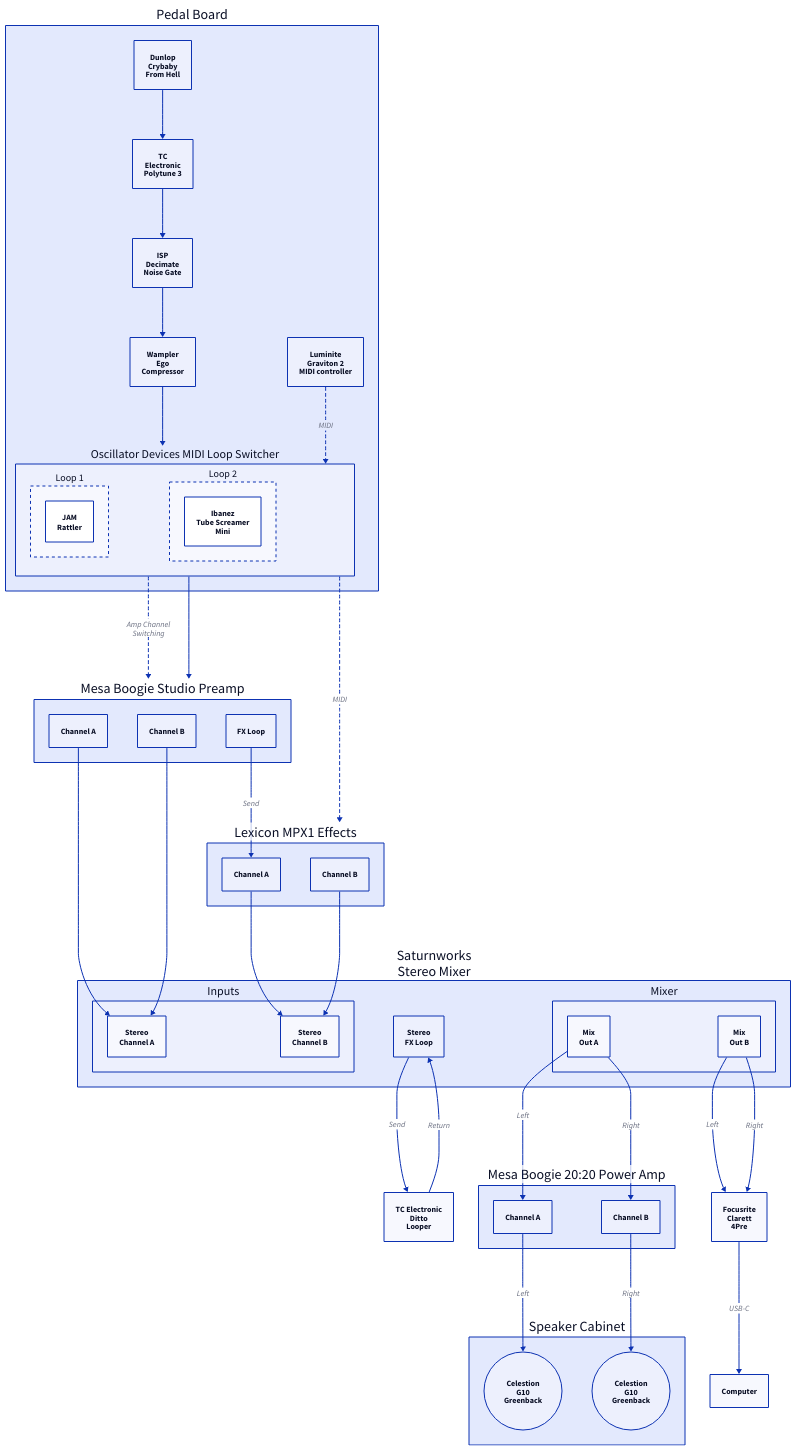
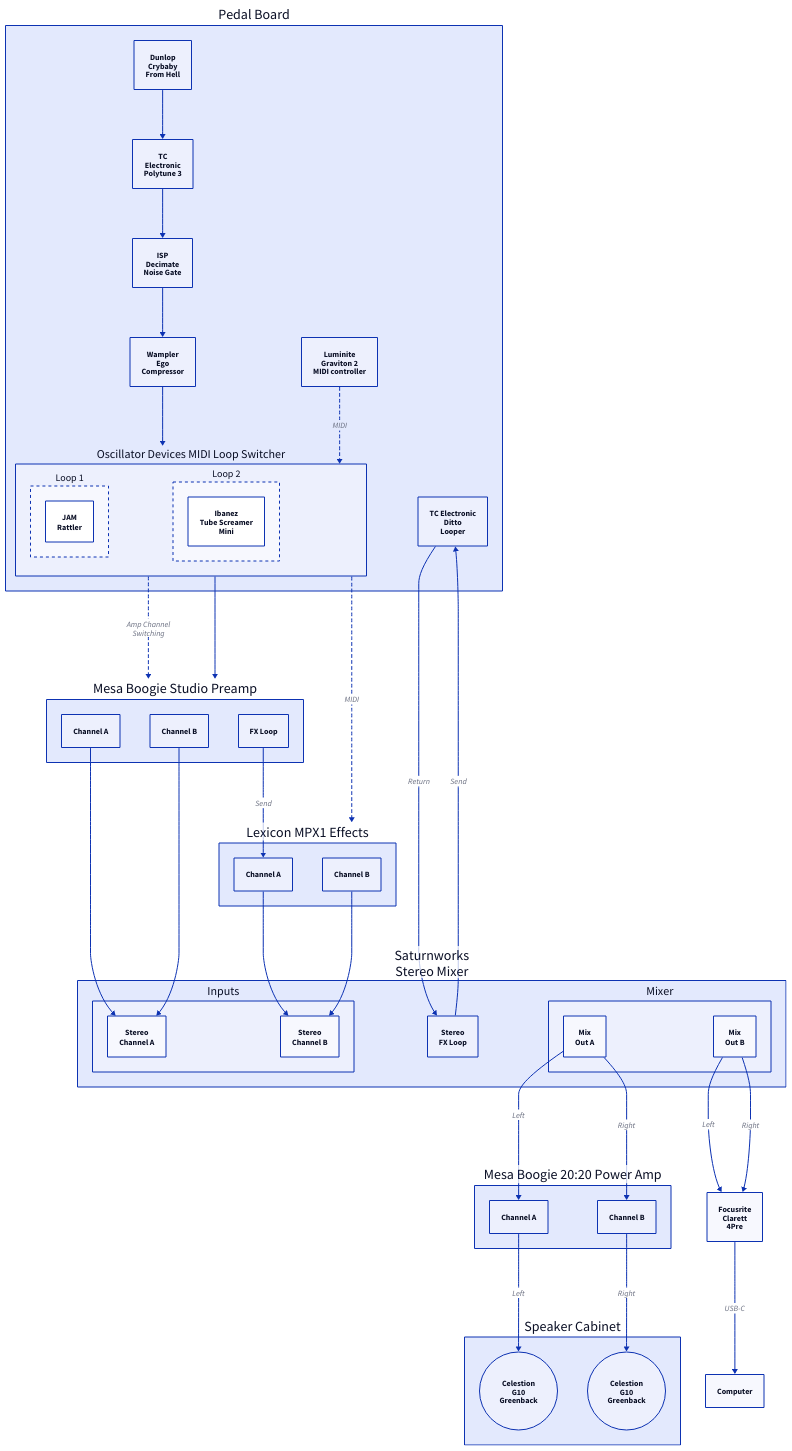
Before and after one commit to timvaillancourt/amp-diagrams: the diagram in amprack.d2, drawn with D2. The commit also changed 2 other files, not shown here.

```diff
--- a/amprack.d2
+++ b/amprack.d2
@@ -1,95 +1,94 @@
 pb: "Pedal Board" {
   cbfh: "Dunlop\nCrybaby\nFrom Hell" {}
   polytune3: "TC\nElectronic\nPolytune 3" {}
   ispdm: "ISP\nDecimate\nNoise Gate" {}
   wec: "Wampler\nEgo\nCompressor" {}
   mc: "Luminite\nGraviton 2\nMIDI controller" {}
   mls: "Oscillator Devices MIDI Loop Switcher" {
     1: "Loop 1" {
       style: {
         stroke-dash: 3
       }
       ts: "JAM\nRattler" {}
     }
     2: "Loop 2" {
       style: {
         stroke-dash: 3
       }
       ts: "Ibanez\nTube Screamer\nMini" {}
     }
   }
   cbfh -> polytune3 -> ispdm -> wec -> mls
   mc -> mls: "MIDI" {
     style: {
       stroke-dash: 3
     }
   }
+  ditto: "TC Electronic\nDitto\nLooper" {}
 }
 
 msp: "Mesa Boogie Studio Preamp" {
   A: "Channel A" {}
   B: "Channel B" {}
   Loop: "FX Loop" {}
 }
 pb.mls -> msp: "Amp Channel\nSwitching" {
   style: {
     stroke-dash: 3
   }
 }
 pb.mls -> msp
 
 mixer: "Saturnworks\nStereo Mixer" {
   In: "Inputs" {
     A: "Stereo\nChannel A" {}
     B: "Stereo\nChannel B" {}
   }
   Loop: "Stereo\nFX Loop" {}
   Mix: "Mixer" {
     A: "Mix\nOut A" {}
     B: "Mix\nOut B" {}
   }
 }
 msp.A -> mixer.In.A
 msp.B -> mixer.In.A
 
 mpx1: "Lexicon MPX1 Effects" {
   A: "Channel A" {}
   B: "Channel B" {}
 }
 pb.mls -> mpx1: "MIDI" {
   style: {
     stroke-dash: 3
   }
 }
 msp.Loop -> mpx1.A: "Send" {}
 mpx1.A -> mixer.In.B
 mpx1.B -> mixer.In.B
 
-ditto: "TC Electronic\nDitto\nLooper" {}
-mixer.Loop -> ditto: "Send"
-ditto -> mixer.Loop: "Return"
-
 m2020: "Mesa Boogie 20:20 Power Amp" {
   A: "Channel A" {}
   B: "Channel B" {}
 }
 mixer.Mix.A -> m2020.A: "Left"
 mixer.Mix.A -> m2020.B: "Right"
+mixer.Loop -> pb.ditto: "Send"
+pb.ditto -> mixer.Loop: "Return"
 
 cab: "Speaker Cabinet" {
   A: "Celestion\nG10\nGreenback" {
     shape: "circle"
   }
   B: "Celestion\nG10\nGreenback" {
     shape: "circle"
   }
 }
 m2020.A -> cab.A: "Left"
 m2020.B -> cab.B: "Right"
 
 clarett: "Focusrite\nClarett\n4Pre" {}
 mixer.Mix.B -> clarett: "Left"
 mixer.Mix.B -> clarett: "Right"
 
 computer: "Computer"
 clarett -> computer: "USB-C"
```
